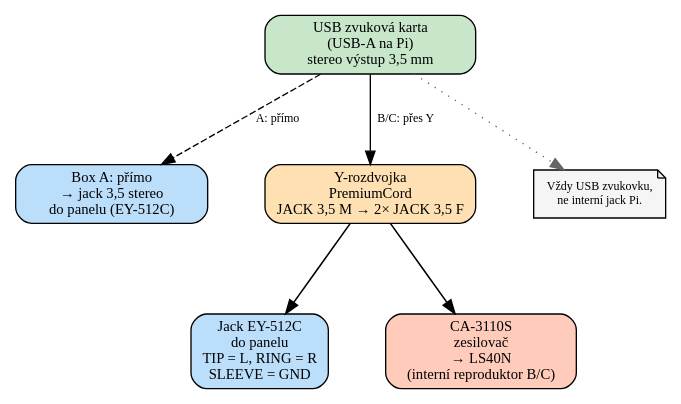
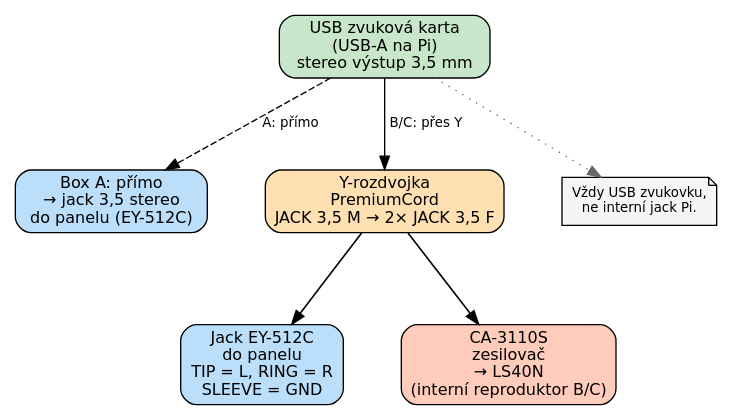
One commit to K0F/1938_ABC changed the diagram in docs/dot/hw_03_audio_output.dot. Above: the diagram before and after it, drawn with Graphviz. The commit also changed 20 other files, not shown here.

First line of the commit message:
docs: fix PDF rendering, readable diagram fonts, own PSU per box

```diff
--- a/docs/dot/hw_03_audio_output.dot
+++ b/docs/dot/hw_03_audio_output.dot
@@ -1,28 +1,28 @@
 // HW §5.3 — Zvukový výstup (USB zvukovka → panelový stereo jack)
 digraph G {
-    graph [fontname="Terminus" rankdir=TB bgcolor="white" nodesep=0.6 ranksep=0.8];
-node [fontname="Terminus" fontsize=11 style="filled"];
-edge [fontname="Terminus" fontsize=9];
+    graph [fontname="DejaVu Sans" rankdir=TB bgcolor="white" nodesep=0.6 ranksep=0.8];
+node [fontname="DejaVu Sans" fontsize=12 style="filled"];
+edge [fontname="DejaVu Sans" fontsize=10];
 
 // Source
 usb [label="USB zvuková karta\n(USB-A na Pi)\nstereo výstup 3,5 mm" shape=box style="filled,rounded" fillcolor="#c8e6c9" width=2.2];
 
 // Box A path
 a_direct [label="Box A: přímo\n→ jack 3,5 stereo\ndo panelu (EY-512C)" shape=box style="filled,rounded" fillcolor="#bbdefb" width=2];
 
 // Box B/C path
 y_split [label="Y-rozdvojka\nPremiumCord\nJACK 3,5 M → 2× JACK 3,5 F" shape=box style="filled,rounded" fillcolor="#ffe0b2" width=2.2];
 
 panel_jack [label="Jack EY-512C\ndo panelu\nTIP = L, RING = R\nSLEEVE = GND" shape=box style="filled,rounded" fillcolor="#bbdefb"];
 amp [label="CA-3110S\nzesilovač\n→ LS40N\n(interní reproduktor B/C)" shape=box style="filled,rounded" fillcolor="#ffccbc"];
 
 // Edges
 usb -> a_direct [label="  A: přímo  " style=dashed];
 usb -> y_split [label="  B/C: přes Y  "];
 y_split -> panel_jack [label="  " penwidth=1.2];
 y_split -> amp [label="  " penwidth=1.2];
 
 // Note
-note [label="Vždy USB zvukovku,\nne interní jack Pi." shape=note fillcolor="#f5f5f5" fontsize=9];
+note [label="Vždy USB zvukovku,\nne interní jack Pi." shape=note fillcolor="#f5f5f5" fontsize=10];
 usb -> note [style=dotted color="#666666"];
 }
```
